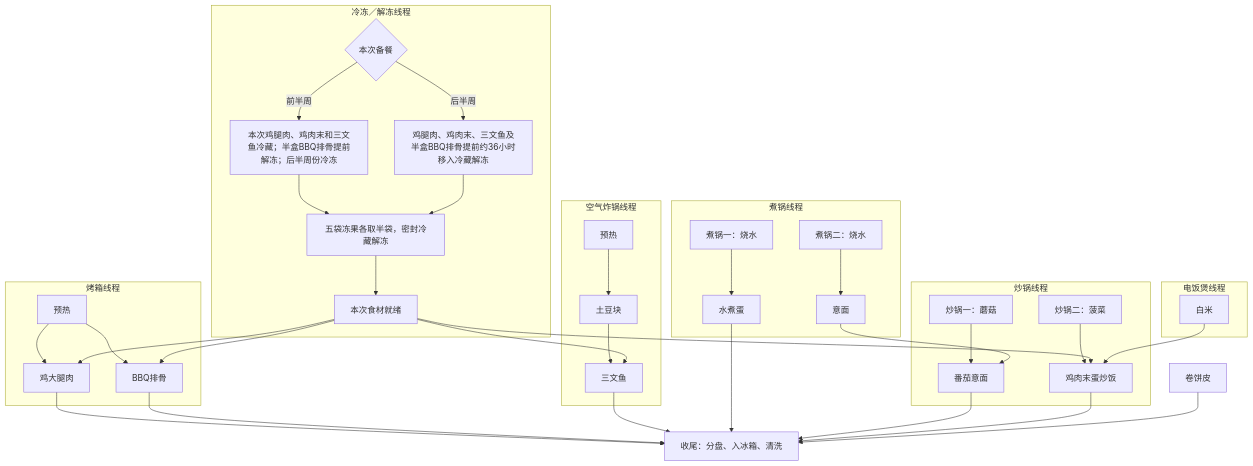
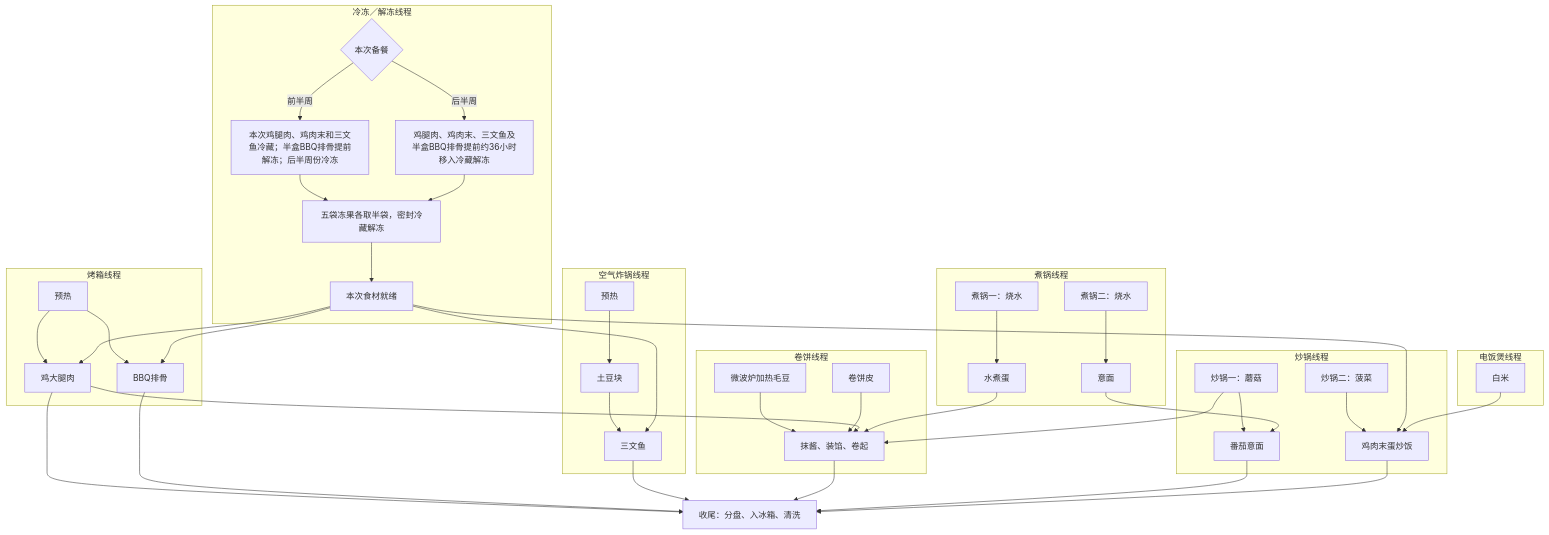
One commit to yunhaixiang/yhmath changed the diagram in content/posts/healthy-eating-plan.md. Above: the diagram before and after it, drawn with Mermaid. The commit also changed other lines of this file and 9 other files, not shown here.

````diff
--- a/content/posts/healthy-eating-plan.md
+++ b/content/posts/healthy-eating-plan.md
@@ -106,41 +109,47 @@
 ```mermaid
 flowchart TB
     subgraph cold[冷冻／解冻线程]
         C0{本次备餐} -->|前半周| C1[本次鸡腿肉、鸡肉末和三文鱼冷藏；半盒BBQ排骨提前解冻；后半周份冷冻]
         C0 -->|后半周| C2[鸡腿肉、鸡肉末、三文鱼及半盒BBQ排骨提前约36小时移入冷藏解冻]
         C1 --> C4[五袋冻果各取半袋，密封冷藏解冻]
         C2 --> C4
         C4 --> C3[本次食材就绪]
     end
     subgraph rice[电饭煲线程]
         SR[白米]
     end
     subgraph oven[烤箱线程]
         SO0[预热] --> SO2[鸡大腿肉]
         SO0 --> SO1[BBQ排骨]
     end
     subgraph air[空气炸锅线程]
         SA0[预热] --> SA4[土豆块] --> SA1[三文鱼]
     end
     subgraph pots[煮锅线程]
         SP0[煮锅一：烧水] --> SP2[水煮蛋]
         SP3[煮锅二：烧水] --> SP1[意面]
     end
     subgraph woks[炒锅线程]
         SW1[炒锅一：蘑菇] --> SW3[番茄意面]
         SW2[炒锅二：菠菜] --> SW4[鸡肉末蛋炒饭]
     end
+    subgraph wraps[卷饼线程]
+        SM[微波炉加热毛豆] --> ST1[抹酱、装馅、卷起]
+        ST[卷饼皮] --> ST1
+    end
     C3 --> SO2
     C3 --> SO1
     C3 --> SA1
     C3 --> SW4
     SR --> SW4
     SP1 --> SW3
     SO2 --> SF[收尾：分盘、入冰箱、清洗]
+    SO2 --> ST1
     SO1 --> SF
     SA1 --> SF
-    SP2 --> SF
+    SP2 --> ST1
+    SW1 --> ST1
+    ST1 --> SF
     SW3 --> SF
     SW4 --> SF
-    ST[卷饼皮] --> SF
 ```
````
